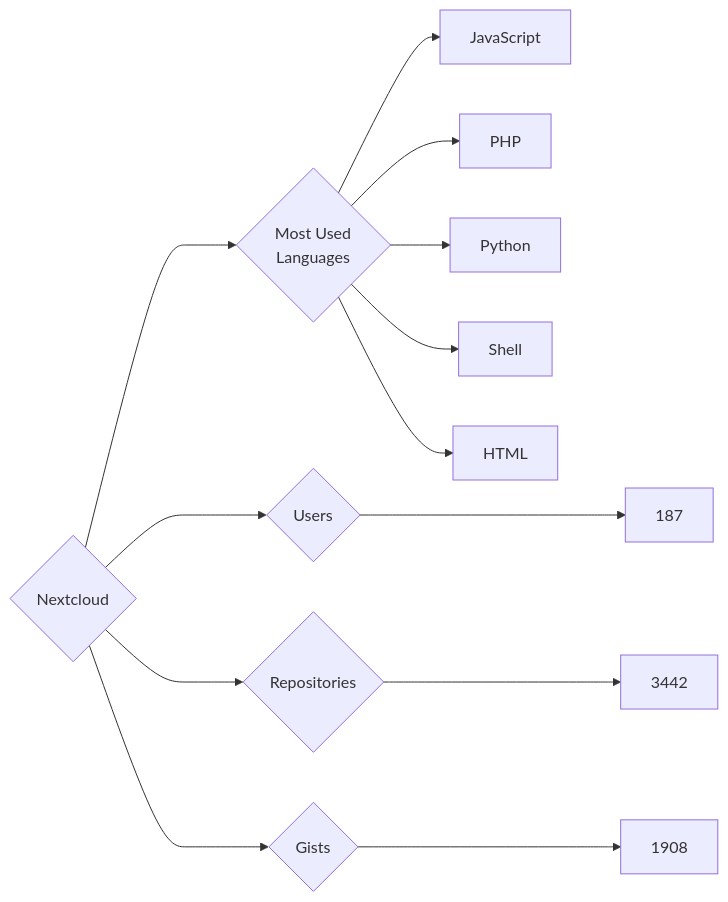
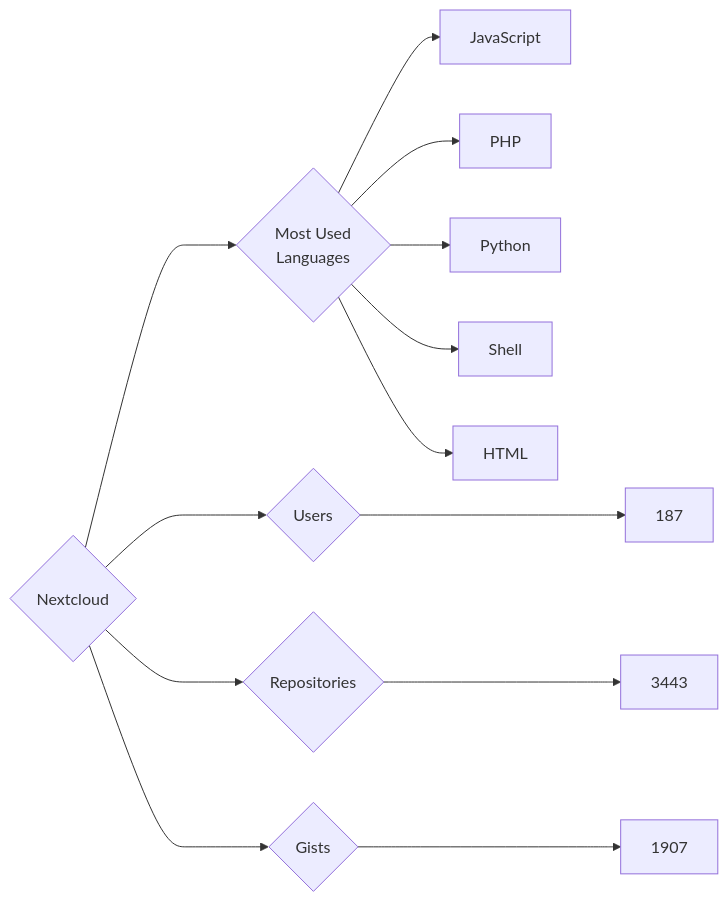
Before and after one commit to trickest/insiders: the diagram in targets/Nextcloud/README.md, drawn with Mermaid. The commit also changed 898 other files, not shown here.

````diff
--- a/targets/Nextcloud/README.md
+++ b/targets/Nextcloud/README.md
@@ -3,13 +3,13 @@
 ```mermaid
 graph LR
 COMPANY_NAME{Nextcloud}
 COMPANY_NAME ---> U{Users} ---> UN[187]
-COMPANY_NAME ---> R{Repositories} ---> RN[3442]
-COMPANY_NAME ---> G{Gists} ---> GN[1908]
+COMPANY_NAME ---> R{Repositories} ---> RN[3443]
+COMPANY_NAME ---> G{Gists} ---> GN[1907]
 COMPANY_NAME ---> ML{Most Used<br>Languages}
 ML --> JavaScript[JavaScript]
 ML --> PHP[PHP]
 ML --> Python[Python]
 ML --> Shell[Shell]
 ML --> HTML[HTML]
 ```
````
